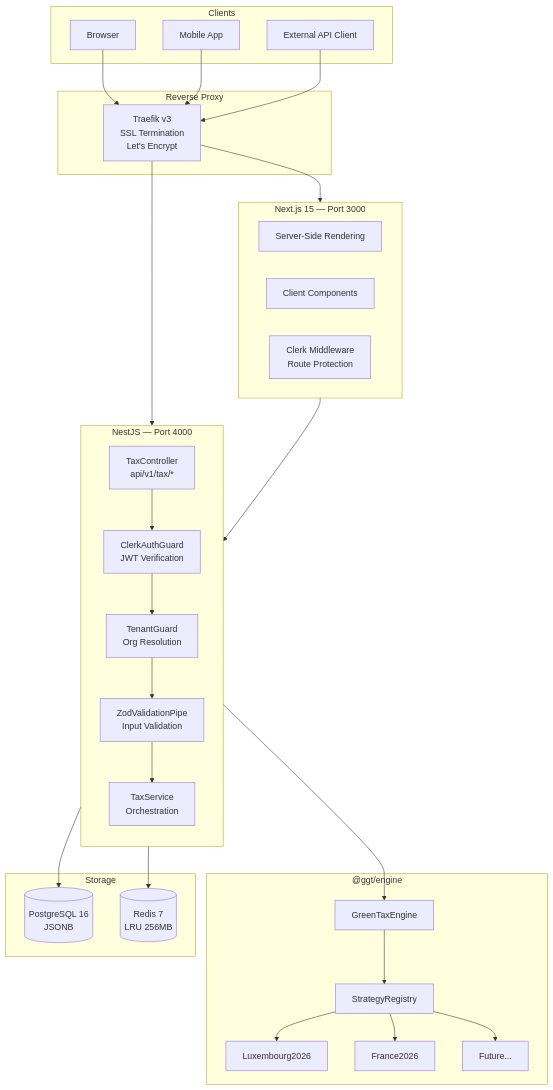
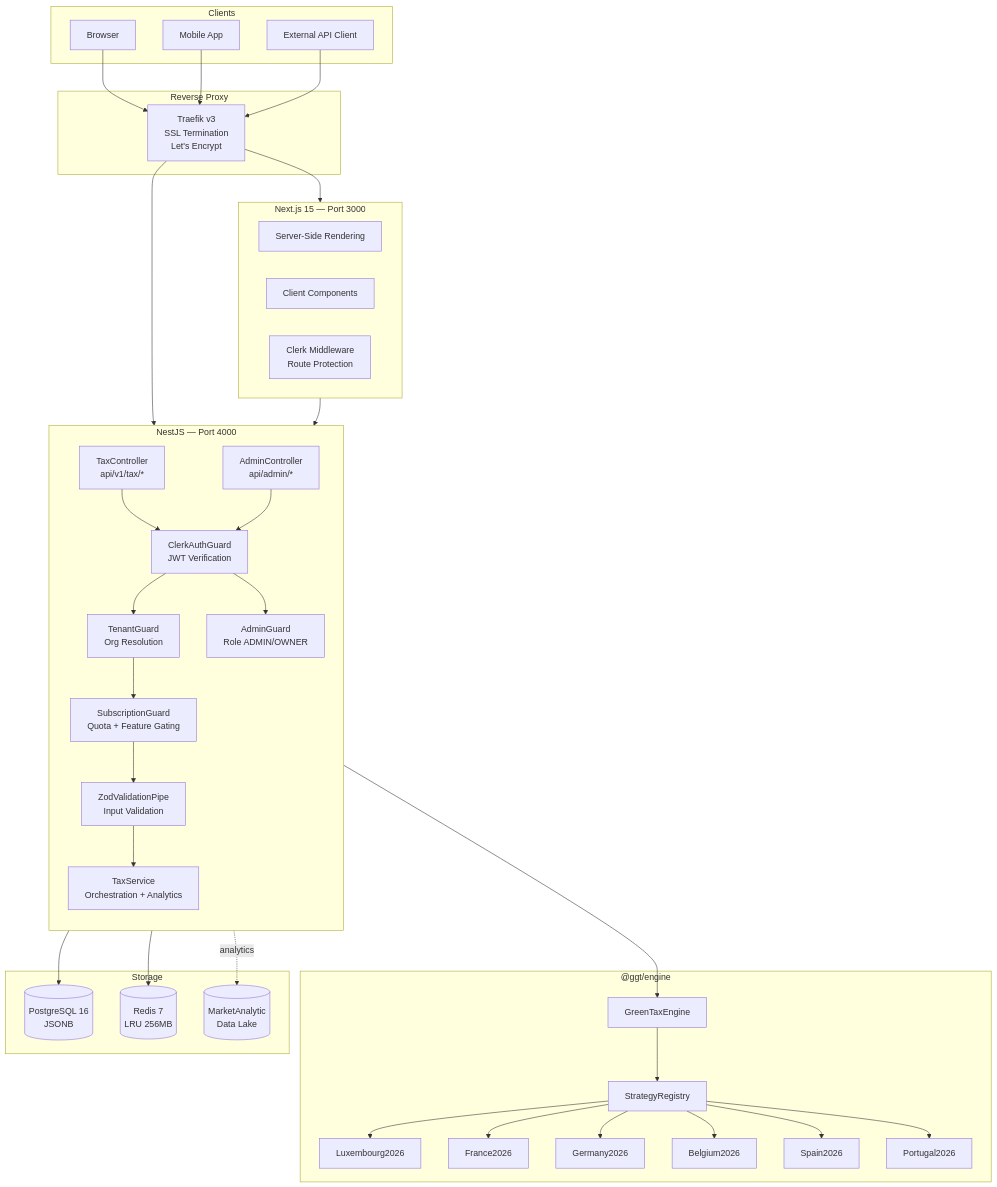
Before and after one commit to nabz0r/Global-Green-Tax: the first of 26 diagrams in docs/architecture.md, drawn with Mermaid. The commit also changed other lines of this file and 1 other file, not shown here.

First line of the commit message:
docs: update README and architecture for Freemium tier, admin dashboard, data lake & AI pipeline

````diff
--- a/docs/architecture.md
+++ b/docs/architecture.md
@@ -25,53 +28,62 @@
 ```mermaid
 graph TB
     subgraph Clients
         Browser[Browser]
         Mobile[Mobile App]
         ExtAPI[External API Client]
     end
 
     subgraph Edge["Reverse Proxy"]
         Traefik[Traefik v3<br/>SSL Termination<br/>Let's Encrypt]
     end
 
     subgraph Frontend["Next.js 15 — Port 3000"]
         SSR[Server-Side Rendering]
         CSR[Client Components]
         CLERK_MW[Clerk Middleware<br/>Route Protection]
     end
 
     subgraph Backend["NestJS — Port 4000"]
         direction TB
         CTRL[TaxController<br/>api/v1/tax/*]
         AUTH_G[ClerkAuthGuard<br/>JWT Verification]
         TENANT_G[TenantGuard<br/>Org Resolution]
+        SUB_G[SubscriptionGuard<br/>Quota + Feature Gating]
         ZOD_P[ZodValidationPipe<br/>Input Validation]
-        SVC[TaxService<br/>Orchestration]
+        SVC[TaxService<br/>Orchestration + Analytics]
+        ADMIN_C[AdminController<br/>api/admin/*]
+        ADMIN_G[AdminGuard<br/>Role ADMIN/OWNER]
     end
 
     subgraph EngineCore["@ggt/engine"]
         ENG[GreenTaxEngine]
         REG[StrategyRegistry]
         LU[Luxembourg2026]
         FR[France2026]
-        FUT[Future...]
+        DE[Germany2026]
+        BE[Belgium2026]
+        ES[Spain2026]
+        PT[Portugal2026]
     end
 
     subgraph Storage
         PG[(PostgreSQL 16<br/>JSONB)]
         RD[(Redis 7<br/>LRU 256MB)]
+        DL[(MarketAnalytic<br/>Data Lake)]
     end
 
     Browser --> Traefik
     Mobile --> Traefik
     ExtAPI --> Traefik
     Traefik --> Frontend
     Traefik --> Backend
 
     Frontend --> Backend
-    CTRL --> AUTH_G --> TENANT_G --> ZOD_P --> SVC
+    CTRL --> AUTH_G --> TENANT_G --> SUB_G --> ZOD_P --> SVC
+    ADMIN_C --> AUTH_G --> ADMIN_G
     SVC --> ENG
-    ENG --> REG --> LU & FR & FUT
+    SVC -.->|analytics| DL
+    ENG --> REG --> LU & FR & DE & BE & ES & PT
     SVC --> PG
     SVC --> RD
 ```
````
